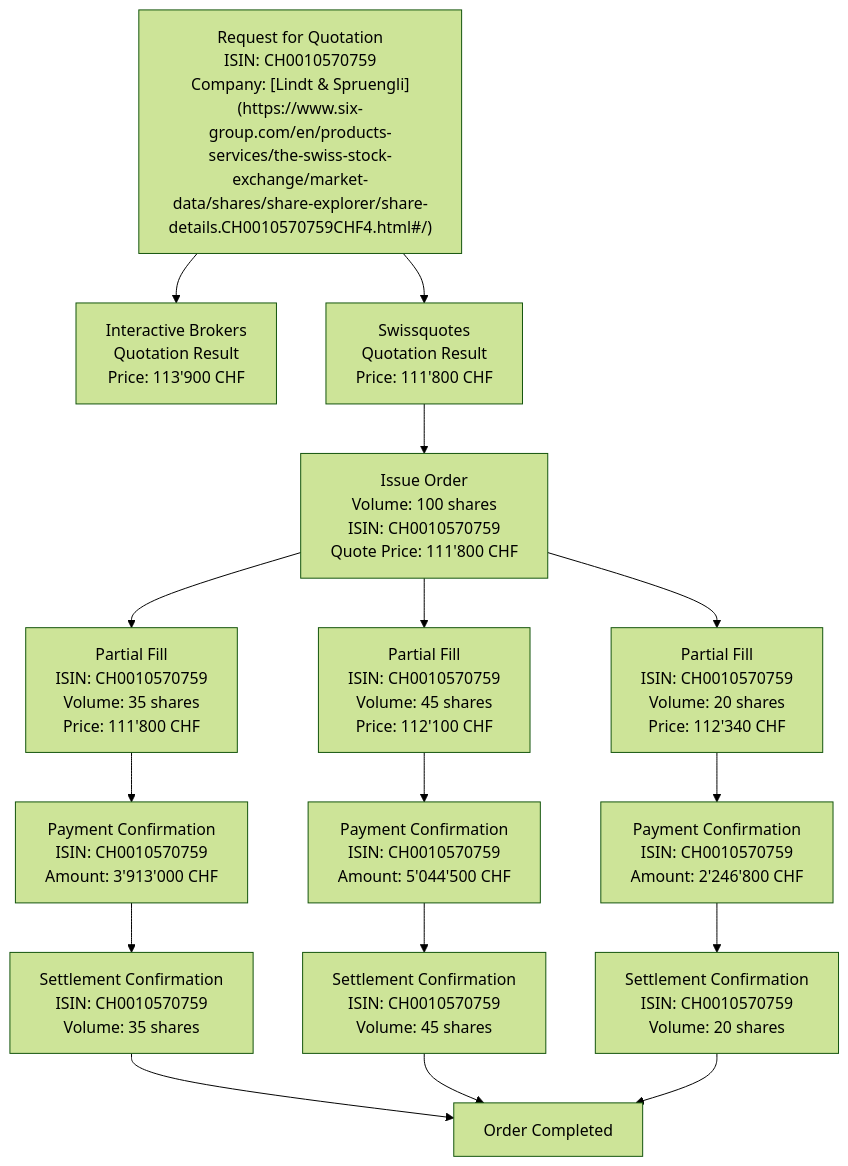
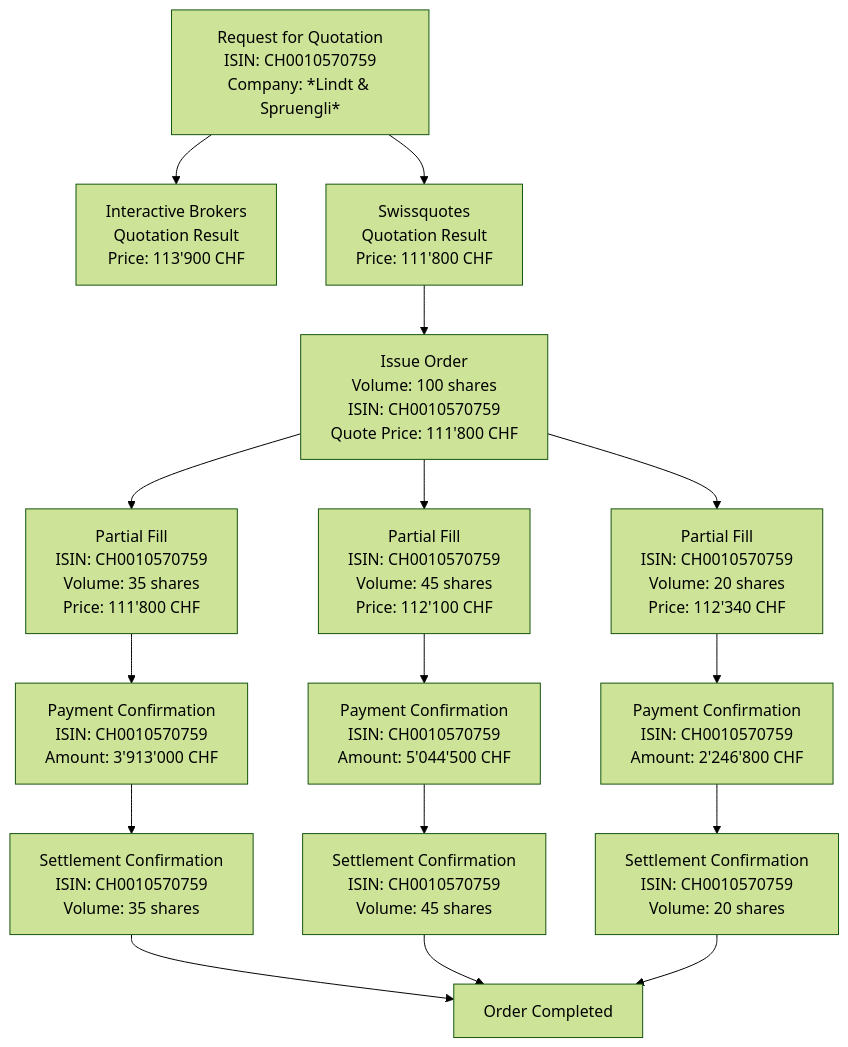
One commit to Ferris-Labs/engineering-challenge changed the diagram in SX-Demo-COID.md. Above: the diagram before and after it, drawn with Mermaid (forest theme). The commit also changed other lines of this file, not shown here.

````diff
--- a/SX-Demo-COID.md
+++ b/SX-Demo-COID.md
@@ -17,18 +17,18 @@
 ```mermaid
 graph TB
-    A["Request for Quotation<br/>ISIN: CH0010570759<br/>Company: [Lindt & Spruengli](https://www.six-group.com/en/products-services/the-swiss-stock-exchange/market-data/shares/share-explorer/share-details.CH0010570759CHF4.html#/)"] --> D["Interactive Brokers<br/>Quotation Result<br/>Price: 113'900 CHF"]
+    A["Request for Quotation<br/>ISIN: CH0010570759<br/>Company: *Lindt & Spruengli*"] --> D["Interactive Brokers<br/>Quotation Result<br/>Price: 113'900 CHF"]
     A --> E["Swissquotes<br/>Quotation Result<br/>Price: 111'800 CHF"]
     E --> G["Issue Order<br/>Volume: 100 shares<br/>ISIN: CH0010570759<br/>Quote Price: 111'800 CHF"]
     G --> H["Partial Fill<br/>ISIN: CH0010570759<br/>Volume: 35 shares<br/>Price: 111'800 CHF"]
     G --> I["Partial Fill<br/>ISIN: CH0010570759<br/>Volume: 45 shares<br/>Price: 112'100 CHF"]
     G --> J["Partial Fill<br/>ISIN: CH0010570759<br/>Volume: 20 shares<br/>Price: 112'340 CHF"]
     H --> K["Payment Confirmation<br/>ISIN: CH0010570759<br/>Amount: 3'913'000 CHF"]
     I --> L["Payment Confirmation<br/>ISIN: CH0010570759<br/>Amount: 5'044'500 CHF"]
     J --> M["Payment Confirmation<br/>ISIN: CH0010570759<br/>Amount: 2'246'800 CHF"]
     K --> N["Settlement Confirmation<br/>ISIN: CH0010570759<br/>Volume: 35 shares"]
     L --> O["Settlement Confirmation<br/>ISIN: CH0010570759<br/>Volume: 45 shares"]
     M --> P["Settlement Confirmation<br/>ISIN: CH0010570759<br/>Volume: 20 shares"]
     N --> Q["Order Completed"]
     O --> Q
     P --> Q
 ```
````
